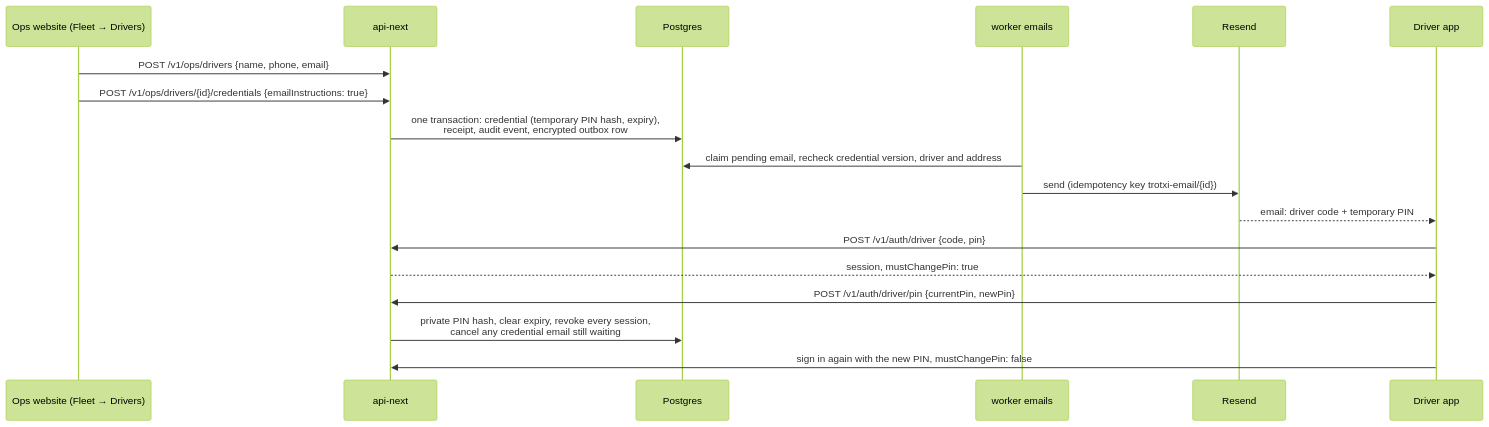
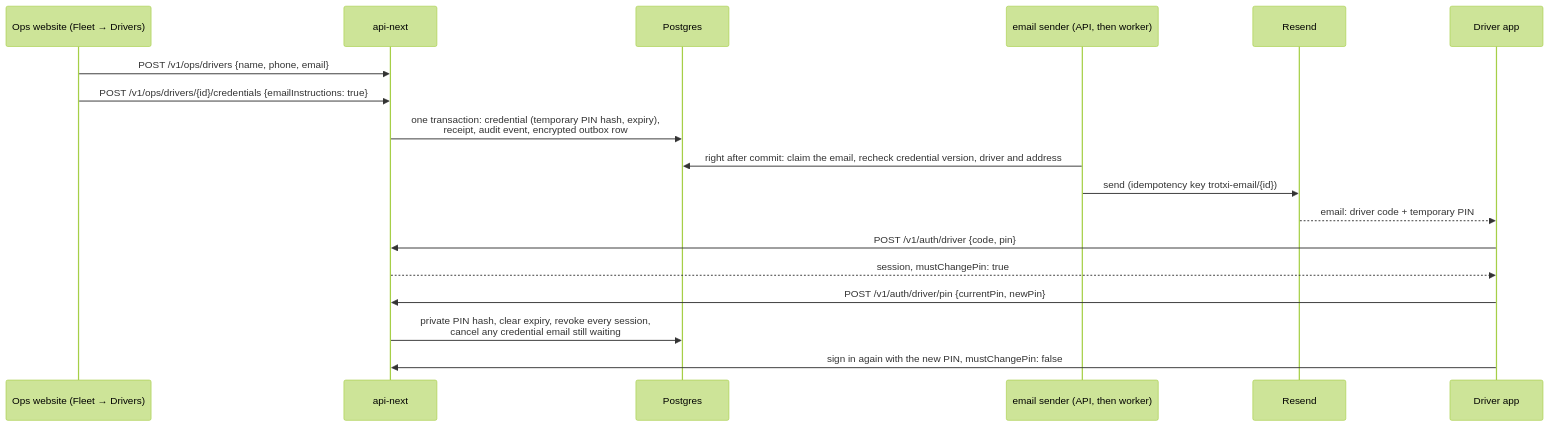
One commit to TROTXI/mobility-core changed the diagram in docs/driver-onboarding.md. Above: the diagram before and after it, drawn with Mermaid (forest theme). The commit also changed other lines of this file and 3 other files, not shown here.

First line of the commit message:
Send the credential email as soon as the issue commits

````diff
--- a/docs/driver-onboarding.md
+++ b/docs/driver-onboarding.md
@@ -10,21 +10,21 @@
 ```mermaid
 sequenceDiagram
   participant Ops as Ops website (Fleet → Drivers)
   participant API as api-next
   participant DB as Postgres
-  participant W as worker emails
+  participant W as email sender (API, then worker)
   participant R as Resend
   participant D as Driver app
 
   Ops->>API: POST /v1/ops/drivers {name, phone, email}
   Ops->>API: POST /v1/ops/drivers/{id}/credentials {emailInstructions: true}
   API->>DB: one transaction: credential (temporary PIN hash, expiry),<br/>receipt, audit event, encrypted outbox row
-  W->>DB: claim pending email, recheck credential version, driver and address
+  W->>DB: right after commit: claim the email, recheck credential version, driver and address
   W->>R: send (idempotency key trotxi-email/{id})
   R-->>D: email: driver code + temporary PIN
   D->>API: POST /v1/auth/driver {code, pin}
   API-->>D: session, mustChangePin: true
   D->>API: POST /v1/auth/driver/pin {currentPin, newPin}
   API->>DB: private PIN hash, clear expiry, revoke every session,<br/>cancel any credential email still waiting
   D->>API: sign in again with the new PIN, mustChangePin: false
 ```
````
